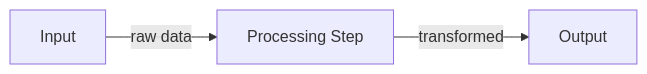
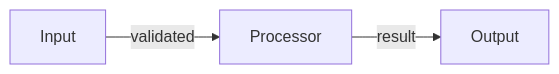
Before and after one commit to lindoelio/spec-driven-steroids: the second of 5 diagrams in packages/cli/templates/universal/skills/spec-driven-technical-designer/SKILL.md, drawn with Mermaid. The commit also changed other lines of this file and 24 other files, not shown here.

First line of the commit message:
feat(mcp): validate Mermaid diagrams in design checks

````diff
--- a/packages/cli/templates/universal/skills/spec-driven-technical-designer/SKILL.md
+++ b/packages/cli/templates/universal/skills/spec-driven-technical-designer/SKILL.md
@@ -190,5 +102,5 @@
 ```mermaid
 flowchart LR
-  A[Input] -->|raw data| B[Processing Step]
-  B -->|transformed| C[Output]
+    A[Input] -->|validated| B[Processor]
+    B -->|result| C[Output]
 ```
````
